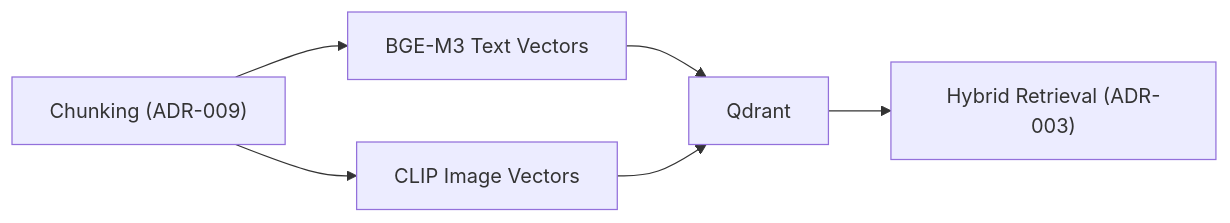
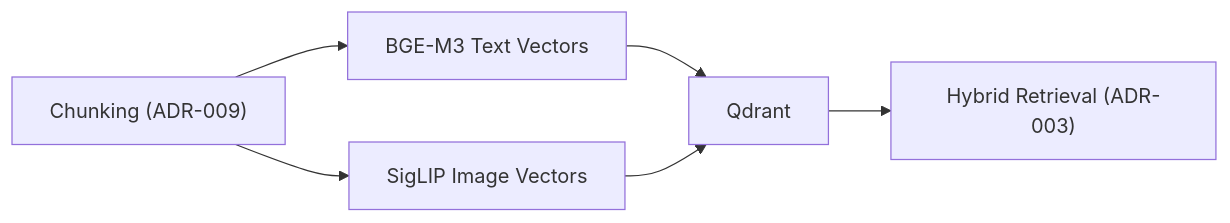
One commit to BjornMelin/docmind-ai-llm changed the diagram in docs/developers/adrs/ADR-002-unified-embedding-strategy.md. Above: the diagram before and after it, drawn with Mermaid. The commit also changed other lines of this file and 8 other files, not shown here.

````diff
--- a/docs/developers/adrs/ADR-002-unified-embedding-strategy.md
+++ b/docs/developers/adrs/ADR-002-unified-embedding-strategy.md
@@ -53,8 +53,8 @@
 ```mermaid
 graph LR
   C["Chunking (ADR-009)"] --> T["BGE-M3 Text Vectors"]
-  C --> I["CLIP Image Vectors"]
+  C --> I["SigLIP Image Vectors"]
   T --> Q["Qdrant"]
   I --> Q
   Q --> H["Hybrid Retrieval (ADR-003)"]
 ```
````
